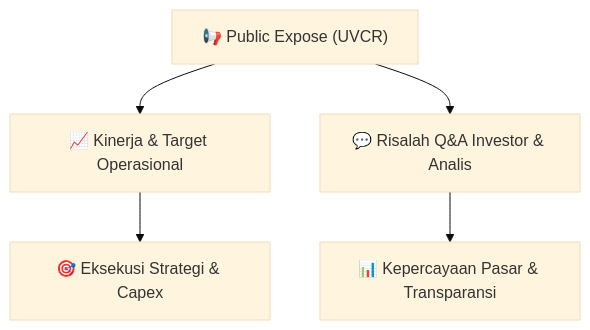
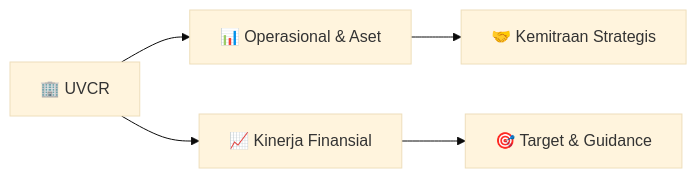
The diagram in Finplan_analyst/knowledge-base/public-exposes/informasi-pubex/UVCR_Public_Expose_20260827.md (anYoneo/alphadigest-idx), drawn with Mermaid (base theme) before and after one commit. The commit also changed other lines of this file and 526 other files, not shown here.

````diff
--- a/Finplan_analyst/knowledge-base/public-exposes/informasi-pubex/UVCR_Public_Expose_20260827.md
+++ b/Finplan_analyst/knowledge-base/public-exposes/informasi-pubex/UVCR_Public_Expose_20260827.md
@@ -37,7 +81,7 @@
 ```mermaid
-flowchart TD
-    A["📢 Public Expose (UVCR)"] --> B["📈 Kinerja & Target Operasional"]
-    A --> C["💬 Risalah Q&A Investor & Analis"]
-    B --> D["🎯 Eksekusi Strategi & Capex"]
-    C --> E["📊 Kepercayaan Pasar & Transparansi"]
+flowchart LR
+    A["🏢 UVCR"] --> B["📊 Operasional & Aset"]
+    A --> C["📈 Kinerja Finansial"]
+    B --> D["🤝 Kemitraan Strategis"]
+    C --> E["🎯 Target & Guidance"]
 ```
````
